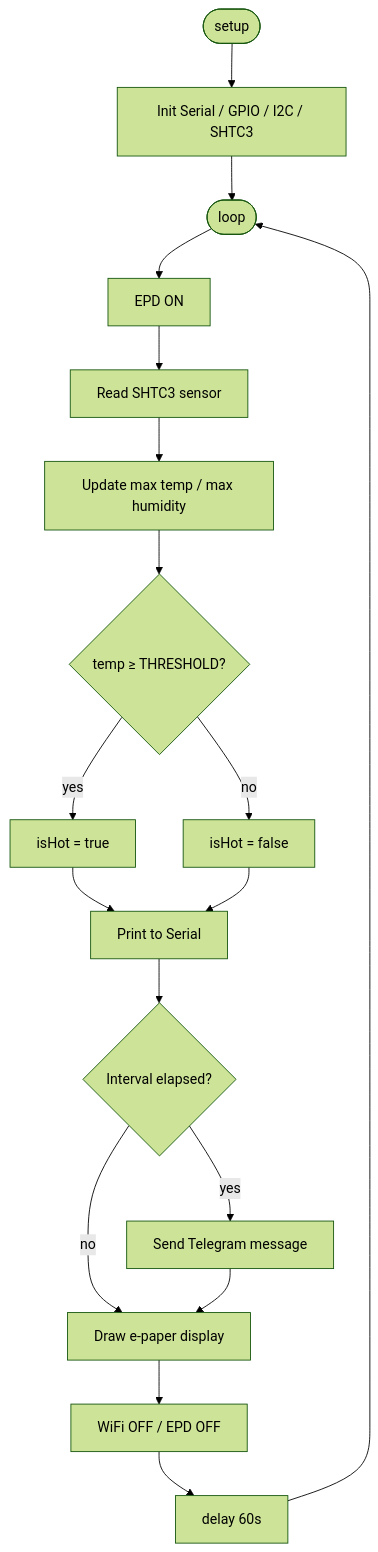
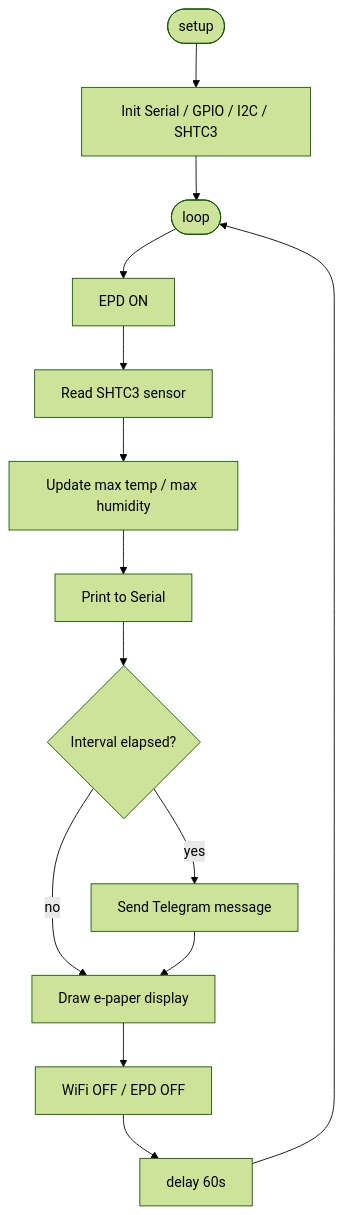
One commit to AlessandroLorenzi/hot-dog-2 changed the diagram in README.md. Above: the diagram before and after it, drawn with Mermaid (forest theme).

Commit message:
Simplify loop flow diagram

````diff
--- a/README.md
+++ b/README.md
@@ -40,19 +40,16 @@
 ```mermaid
 flowchart TD
     A([setup]) --> B[Init Serial / GPIO / I2C / SHTC3]
     B --> C([loop])
     C --> D[EPD ON]
     D --> E[Read SHTC3 sensor]
     E --> F[Update max temp / max humidity]
-    F --> H{temp ≥ THRESHOLD?}
-    H -- yes --> I[isHot = true]
-    H -- no  --> J[isHot = false]
-    I & J --> K[Print to Serial]
+    F --> K[Print to Serial]
     K --> L{Interval elapsed?}
     L -- no  --> N
     L -- yes --> M[Send Telegram message]
     M --> N[Draw e-paper display]
     N --> O[WiFi OFF / EPD OFF]
     O --> P[delay 60s]
     P --> C
 ```
````
